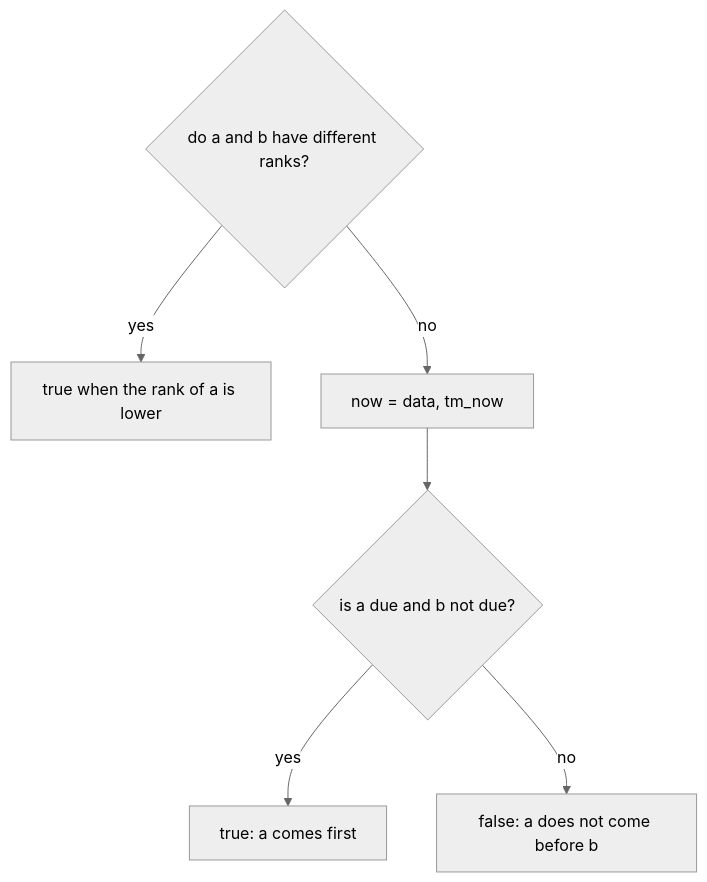
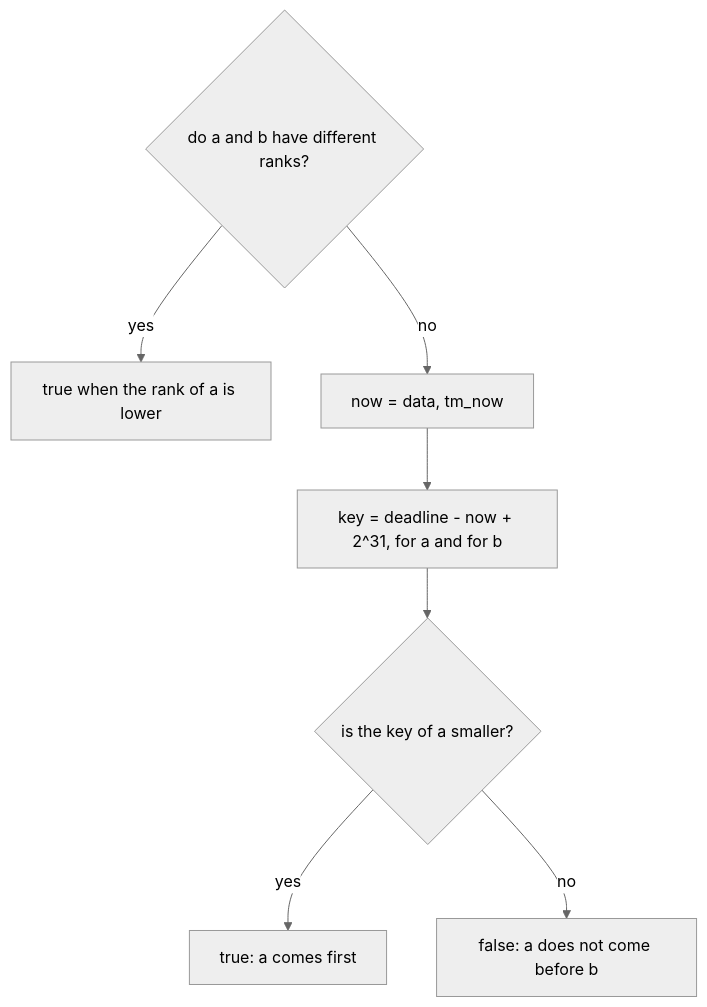
One commit to solariun/atomicx2 changed the sixth of 8 diagrams in spec.md. Above: the diagram before and after it, drawn with Mermaid (neutral theme). The commit also changed other lines of this file and 1 other file, not shown here.

````diff
--- a/spec.md
+++ b/spec.md
@@ -457,9 +467,10 @@
 ```mermaid
 flowchart TD
     q1{"do a and b have different ranks?"}
     q1 -->|yes| r1["true when the rank of a is lower"]
     q1 -->|no| n["now = data, tm_now"]
-    n --> q2{"is a due and b not due?"}
+    n --> k["key = deadline - now + 2^31, for a and for b"]
+    k --> q2{"is the key of a smaller?"}
     q2 -->|yes| t["true: a comes first"]
     q2 -->|no| f["false: a does not come before b"]
 ```
````
